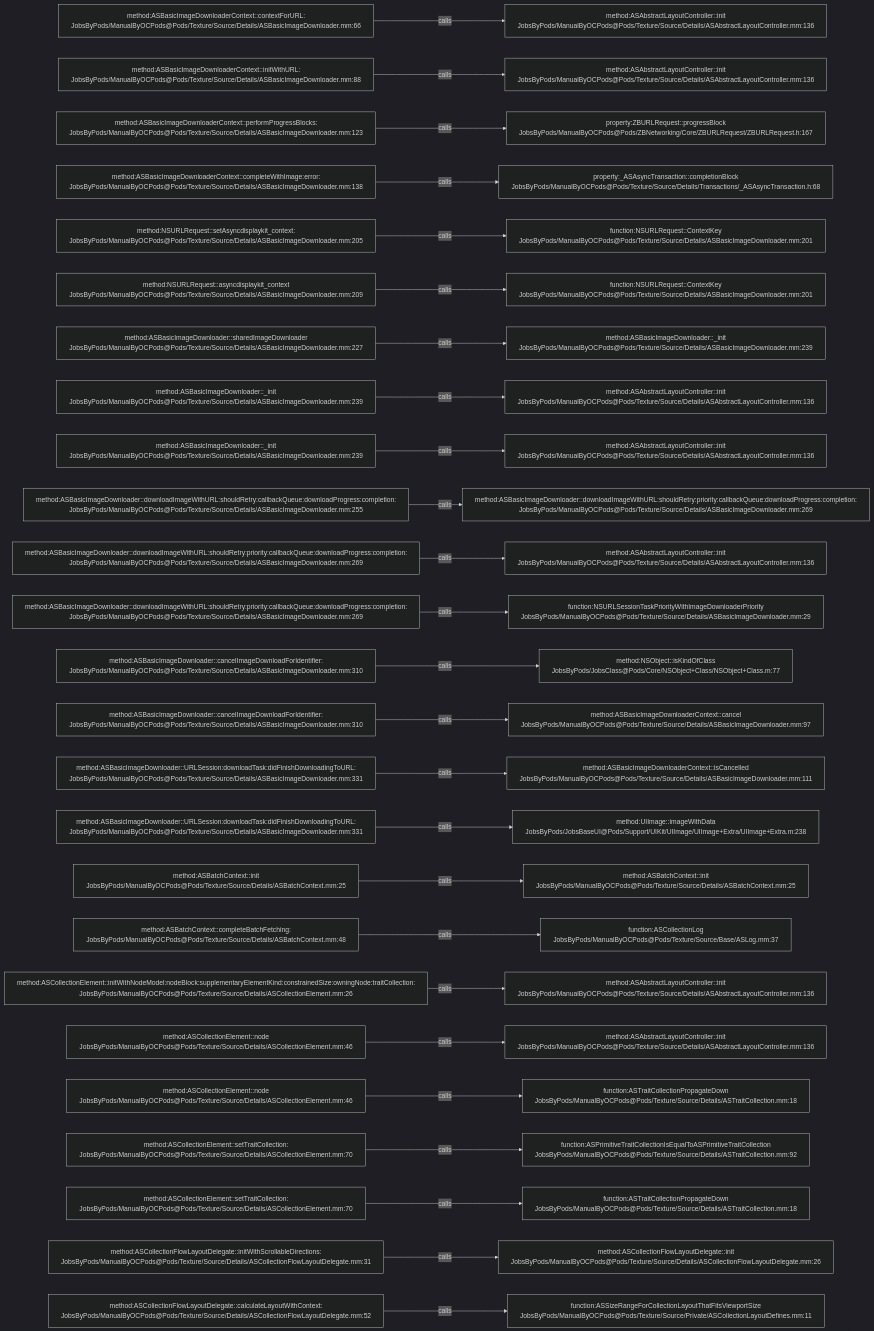
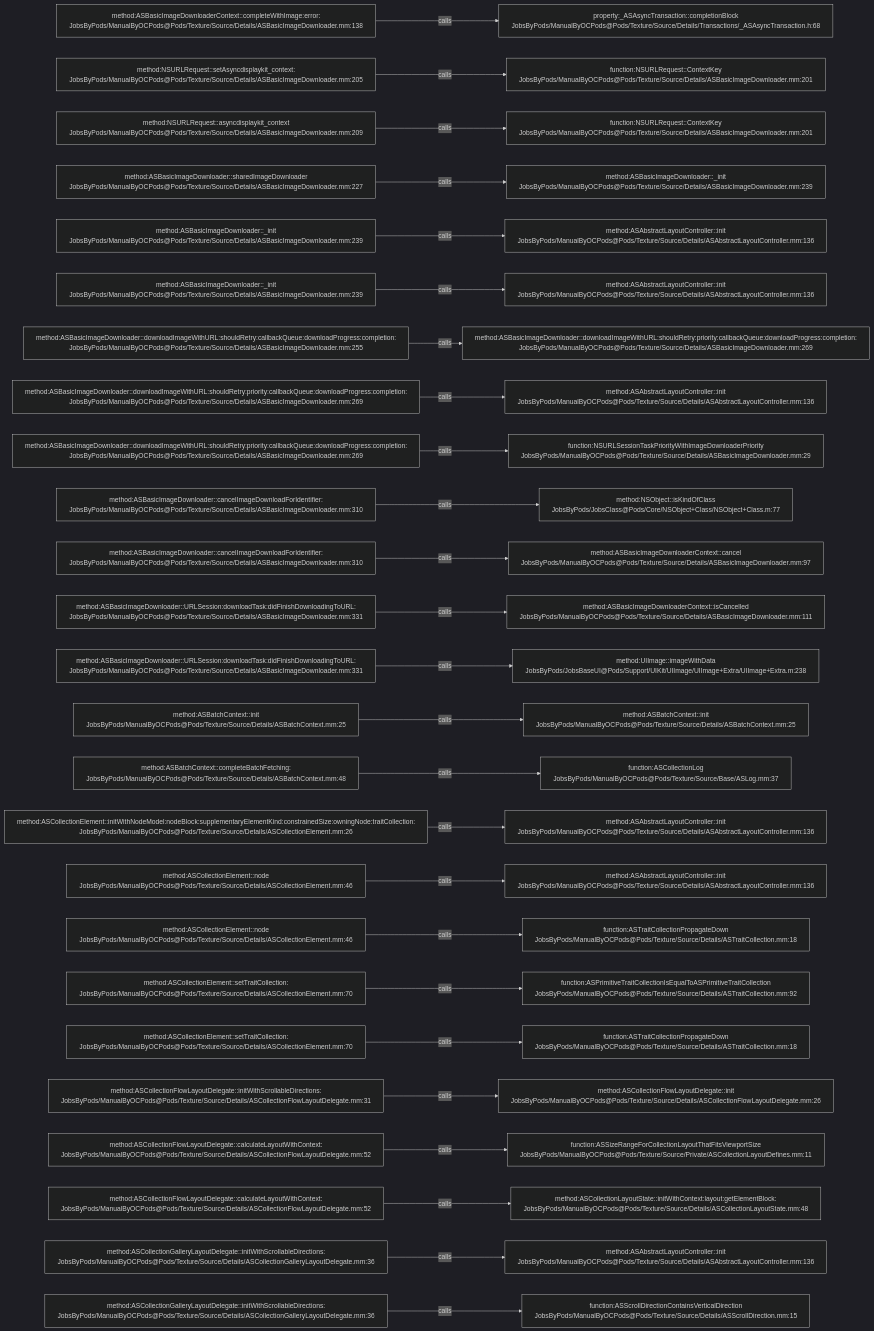
The diagram in .codegraph/codegraph.md/graphs/calls-153.md (JobsKits/JobsOCBaseConfigDemo), drawn with Mermaid (dark theme) before and after one commit. The commit also changed 342 other files, not shown here.

````diff
--- a/.codegraph/codegraph.md/graphs/calls-153.md
+++ b/.codegraph/codegraph.md/graphs/calls-153.md
@@ -13,78 +13,78 @@
 ```mermaid
 flowchart LR
-  S1["method:ASBasicImageDownloaderContext::contextForURL:<br/>JobsByPods/ManualByOCPods@Pods/Texture/Source/Details/ASBasicImageDownloader.mm:66"]
-  T1["method:ASAbstractLayoutController::init<br/>JobsByPods/ManualByOCPods@Pods/Texture/Source/Details/ASAbstractLayoutController.mm:136"]
+  S1["method:ASBasicImageDownloaderContext::completeWithImage:error:<br/>JobsByPods/ManualByOCPods@Pods/Texture/Source/Details/ASBasicImageDownloader.mm:138"]
+  T1["property:_ASAsyncTransaction::completionBlock<br/>JobsByPods/ManualByOCPods@Pods/Texture/Source/Details/Transactions/_ASAsyncTransaction.h:68"]
   S1 -->|calls| T1
-  S2["method:ASBasicImageDownloaderContext::initWithURL:<br/>JobsByPods/ManualByOCPods@Pods/Texture/Source/Details/ASBasicImageDownloader.mm:88"]
-  T2["method:ASAbstractLayoutController::init<br/>JobsByPods/ManualByOCPods@Pods/Texture/Source/Details/ASAbstractLayoutController.mm:136"]
+  S2["method:NSURLRequest::setAsyncdisplaykit_context:<br/>JobsByPods/ManualByOCPods@Pods/Texture/Source/Details/ASBasicImageDownloader.mm:205"]
+  T2["function:NSURLRequest::ContextKey<br/>JobsByPods/ManualByOCPods@Pods/Texture/Source/Details/ASBasicImageDownloader.mm:201"]
   S2 -->|calls| T2
-  S3["method:ASBasicImageDownloaderContext::performProgressBlocks:<br/>JobsByPods/ManualByOCPods@Pods/Texture/Source/Details/ASBasicImageDownloader.mm:123"]
-  T3["property:ZBURLRequest::progressBlock<br/>JobsByPods/ManualByOCPods@Pods/ZBNetworking/Core/ZBURLRequest/ZBURLRequest.h:167"]
+  S3["method:NSURLRequest::asyncdisplaykit_context<br/>JobsByPods/ManualByOCPods@Pods/Texture/Source/Details/ASBasicImageDownloader.mm:209"]
+  T3["function:NSURLRequest::ContextKey<br/>JobsByPods/ManualByOCPods@Pods/Texture/Source/Details/ASBasicImageDownloader.mm:201"]
   S3 -->|calls| T3
-  S4["method:ASBasicImageDownloaderContext::completeWithImage:error:<br/>JobsByPods/ManualByOCPods@Pods/Texture/Source/Details/ASBasicImageDownloader.mm:138"]
-  T4["property:_ASAsyncTransaction::completionBlock<br/>JobsByPods/ManualByOCPods@Pods/Texture/Source/Details/Transactions/_ASAsyncTransaction.h:68"]
+  S4["method:ASBasicImageDownloader::sharedImageDownloader<br/>JobsByPods/ManualByOCPods@Pods/Texture/Source/Details/ASBasicImageDownloader.mm:227"]
+  T4["method:ASBasicImageDownloader::_init<br/>JobsByPods/ManualByOCPods@Pods/Texture/Source/Details/ASBasicImageDownloader.mm:239"]
   S4 -->|calls| T4
-  S5["method:NSURLRequest::setAsyncdisplaykit_context:<br/>JobsByPods/ManualByOCPods@Pods/Texture/Source/Details/ASBasicImageDownloader.mm:205"]
-  T5["function:NSURLRequest::ContextKey<br/>JobsByPods/ManualByOCPods@Pods/Texture/Source/Details/ASBasicImageDownloader.mm:201"]
+  S5["method:ASBasicImageDownloader::_init<br/>JobsByPods/ManualByOCPods@Pods/Texture/Source/Details/ASBasicImageDownloader.mm:239"]
+  T5["method:ASAbstractLayoutController::init<br/>JobsByPods/ManualByOCPods@Pods/Texture/Source/Details/ASAbstractLayoutController.mm:136"]
   S5 -->|calls| T5
-  S6["method:NSURLRequest::asyncdisplaykit_context<br/>JobsByPods/ManualByOCPods@Pods/Texture/Source/Details/ASBasicImageDownloader.mm:209"]
-  T6["function:NSURLRequest::ContextKey<br/>JobsByPods/ManualByOCPods@Pods/Texture/Source/Details/ASBasicImageDownloader.mm:201"]
+  S6["method:ASBasicImageDownloader::_init<br/>JobsByPods/ManualByOCPods@Pods/Texture/Source/Details/ASBasicImageDownloader.mm:239"]
+  T6["method:ASAbstractLayoutController::init<br/>JobsByPods/ManualByOCPods@Pods/Texture/Source/Details/ASAbstractLayoutController.mm:136"]
   S6 -->|calls| T6
-  S7["method:ASBasicImageDownloader::sharedImageDownloader<br/>JobsByPods/ManualByOCPods@Pods/Texture/Source/Details/ASBasicImageDownloader.mm:227"]
-  T7["method:ASBasicImageDownloader::_init<br/>JobsByPods/ManualByOCPods@Pods/Texture/Source/Details/ASBasicImageDownloader.mm:239"]
+  S7["method:ASBasicImageDownloader::downloadImageWithURL:shouldRetry:callbackQueue:downloadProgress:completion:<br/>JobsByPods/ManualByOCPods@Pods/Texture/Source/Details/ASBasicImageDownloader.mm:255"]
+  T7["method:ASBasicImageDownloader::downloadImageWithURL:shouldRetry:priority:callbackQueue:downloadProgress:completion:<br/>JobsByPods/ManualByOCPods@Pods/Texture/Source/Details/ASBasicImageDownloader.mm:269"]
   S7 -->|calls| T7
-  S8["method:ASBasicImageDownloader::_init<br/>JobsByPods/ManualByOCPods@Pods/Texture/Source/Details/ASBasicImageDownloader.mm:239"]
+  S8["method:ASBasicImageDownloader::downloadImageWithURL:shouldRetry:priority:callbackQueue:downloadProgress:completion:<br/>JobsByPods/ManualByOCPods@Pods/Texture/Source/Details/ASBasicImageDownloader.mm:269"]
   T8["method:ASAbstractLayoutController::init<br/>JobsByPods/ManualByOCPods@Pods/Texture/Source/Details/ASAbstractLayoutController.mm:136"]
   S8 -->|calls| T8
-  S9["method:ASBasicImageDownloader::_init<br/>JobsByPods/ManualByOCPods@Pods/Texture/Source/Details/ASBasicImageDownloader.mm:239"]
-  T9["method:ASAbstractLayoutController::init<br/>JobsByPods/ManualByOCPods@Pods/Texture/Source/Details/ASAbstractLayoutController.mm:136"]
+  S9["method:ASBasicImageDownloader::downloadImageWithURL:shouldRetry:priority:callbackQueue:downloadProgress:completion:<br/>JobsByPods/ManualByOCPods@Pods/Texture/Source/Details/ASBasicImageDownloader.mm:269"]
+  T9["function:NSURLSessionTaskPriorityWithImageDownloaderPriority<br/>JobsByPods/ManualByOCPods@Pods/Texture/Source/Details/ASBasicImageDownloader.mm:29"]
   S9 -->|calls| T9
-  S10["method:ASBasicImageDownloader::downloadImageWithURL:shouldRetry:callbackQueue:downloadProgress:completion:<br/>JobsByPods/ManualByOCPods@Pods/Texture/Source/Details/ASBasicImageDownloader.mm:255"]
-  T10["method:ASBasicImageDownloader::downloadImageWithURL:shouldRetry:priority:callbackQueue:downloadProgress:completion:<br/>JobsByPods/ManualByOCPods@Pods/Texture/Source/Details/ASBasicImageDownloader.mm:269"]
+  S10["method:ASBasicImageDownloader::cancelImageDownloadForIdentifier:<br/>JobsByPods/ManualByOCPods@Pods/Texture/Source/Details/ASBasicImageDownloader.mm:310"]
+  T10["method:NSObject::isKindOfClass<br/>JobsByPods/JobsClass@Pods/Core/NSObject+Class/NSObject+Class.m:77"]
   S10 -->|calls| T10
-  S11["method:ASBasicImageDownloader::downloadImageWithURL:shouldRetry:priority:callbackQueue:downloadProgress:completion:<br/>JobsByPods/ManualByOCPods@Pods/Texture/Source/Details/ASBasicImageDownloader.mm:269"]
-  T11["method:ASAbstractLayoutController::init<br/>JobsByPods/ManualByOCPods@Pods/Texture/Source/Details/ASAbstractLayoutController.mm:136"]
+  S11["method:ASBasicImageDownloader::cancelImageDownloadForIdentifier:<br/>JobsByPods/ManualByOCPods@Pods/Texture/Source/Details/ASBasicImageDownloader.mm:310"]
+  T11["method:ASBasicImageDownloaderContext::cancel<br/>JobsByPods/ManualByOCPods@Pods/Texture/Source/Details/ASBasicImageDownloader.mm:97"]
   S11 -->|calls| T11
-  S12["method:ASBasicImageDownloader::downloadImageWithURL:shouldRetry:priority:callbackQueue:downloadProgress:completion:<br/>JobsByPods/ManualByOCPods@Pods/Texture/Source/Details/ASBasicImageDownloader.mm:269"]
-  T12["function:NSURLSessionTaskPriorityWithImageDownloaderPriority<br/>JobsByPods/ManualByOCPods@Pods/Texture/Source/Details/ASBasicImageDownloader.mm:29"]
+  S12["method:ASBasicImageDownloader::URLSession:downloadTask:didFinishDownloadingToURL:<br/>JobsByPods/ManualByOCPods@Pods/Texture/Source/Details/ASBasicImageDownloader.mm:331"]
+  T12["method:ASBasicImageDownloaderContext::isCancelled<br/>JobsByPods/ManualByOCPods@Pods/Texture/Source/Details/ASBasicImageDownloader.mm:111"]
   S12 -->|calls| T12
-  S13["method:ASBasicImageDownloader::cancelImageDownloadForIdentifier:<br/>JobsByPods/ManualByOCPods@Pods/Texture/Source/Details/ASBasicImageDownloader.mm:310"]
-  T13["method:NSObject::isKindOfClass<br/>JobsByPods/JobsClass@Pods/Core/NSObject+Class/NSObject+Class.m:77"]
+  S13["method:ASBasicImageDownloader::URLSession:downloadTask:didFinishDownloadingToURL:<br/>JobsByPods/ManualByOCPods@Pods/Texture/Source/Details/ASBasicImageDownloader.mm:331"]
+  T13["method:UIImage::imageWithData<br/>JobsByPods/JobsBaseUI@Pods/Support/UIKit/UIImage/UIImage+Extra/UIImage+Extra.m:238"]
   S13 -->|calls| T13
-  S14["method:ASBasicImageDownloader::cancelImageDownloadForIdentifier:<br/>JobsByPods/ManualByOCPods@Pods/Texture/Source/Details/ASBasicImageDownloader.mm:310"]
-  T14["method:ASBasicImageDownloaderContext::cancel<br/>JobsByPods/ManualByOCPods@Pods/Texture/Source/Details/ASBasicImageDownloader.mm:97"]
+  S14["method:ASBatchContext::init<br/>JobsByPods/ManualByOCPods@Pods/Texture/Source/Details/ASBatchContext.mm:25"]
+  T14["method:ASBatchContext::init<br/>JobsByPods/ManualByOCPods@Pods/Texture/Source/Details/ASBatchContext.mm:25"]
   S14 -->|calls| T14
-  S15["method:ASBasicImageDownloader::URLSession:downloadTask:didFinishDownloadingToURL:<br/>JobsByPods/ManualByOCPods@Pods/Texture/Source/Details/ASBasicImageDownloader.mm:331"]
-  T15["method:ASBasicImageDownloaderContext::isCancelled<br/>JobsByPods/ManualByOCPods@Pods/Texture/Source/Details/ASBasicImageDownloader.mm:111"]
+  S15["method:ASBatchContext::completeBatchFetching:<br/>JobsByPods/ManualByOCPods@Pods/Texture/Source/Details/ASBatchContext.mm:48"]
+  T15["function:ASCollectionLog<br/>JobsByPods/ManualByOCPods@Pods/Texture/Source/Base/ASLog.mm:37"]
   S15 -->|calls| T15
-  S16["method:ASBasicImageDownloader::URLSession:downloadTask:didFinishDownloadingToURL:<br/>JobsByPods/ManualByOCPods@Pods/Texture/Source/Details/ASBasicImageDownloader.mm:331"]
-  T16["method:UIImage::imageWithData<br/>JobsByPods/JobsBaseUI@Pods/Support/UIKit/UIImage/UIImage+Extra/UIImage+Extra.m:238"]
+  S16["method:ASCollectionElement::initWithNodeModel:nodeBlock:supplementaryElementKind:constrainedSize:owningNode:traitCollection:<br/>JobsByPods/ManualByOCPods@Pods/Texture/Source/Details/ASCollectionElement.mm:26"]
+  T16["method:ASAbstractLayoutController::init<br/>JobsByPods/ManualByOCPods@Pods/Texture/Source/Details/ASAbstractLayoutController.mm:136"]
   S16 -->|calls| T16
-  S17["method:ASBatchContext::init<br/>JobsByPods/ManualByOCPods@Pods/Texture/Source/Details/ASBatchContext.mm:25"]
-  T17["method:ASBatchContext::init<br/>JobsByPods/ManualByOCPods@Pods/Texture/Source/Details/ASBatchContext.mm:25"]
+  S17["method:ASCollectionElement::node<br/>JobsByPods/ManualByOCPods@Pods/Texture/Source/Details/ASCollectionElement.mm:46"]
+  T17["method:ASAbstractLayoutController::init<br/>JobsByPods/ManualByOCPods@Pods/Texture/Source/Details/ASAbstractLayoutController.mm:136"]
   S17 -->|calls| T17
-  S18["method:ASBatchContext::completeBatchFetching:<br/>JobsByPods/ManualByOCPods@Pods/Texture/Source/Details/ASBatchContext.mm:48"]
-  T18["function:ASCollectionLog<br/>JobsByPods/ManualByOCPods@Pods/Texture/Source/Base/ASLog.mm:37"]
+  S18["method:ASCollectionElement::node<br/>JobsByPods/ManualByOCPods@Pods/Texture/Source/Details/ASCollectionElement.mm:46"]
+  T18["function:ASTraitCollectionPropagateDown<br/>JobsByPods/ManualByOCPods@Pods/Texture/Source/Details/ASTraitCollection.mm:18"]
   S18 -->|calls| T18
-  S19["method:ASCollectionElement::initWithNodeModel:nodeBlock:supplementaryElementKind:constrainedSize:owningNode:traitCollection:<br/>JobsByPods/ManualByOCPods@Pods/Texture/Source/Details/ASCollectionElement.mm:26"]
-  T19["method:ASAbstractLayoutController::init<br/>JobsByPods/ManualByOCPods@Pods/Texture/Source/Details/ASAbstractLayoutController.mm:136"]
+  S19["method:ASCollectionElement::setTraitCollection:<br/>JobsByPods/ManualByOCPods@Pods/Texture/Source/Details/ASCollectionElement.mm:70"]
+  T19["function:ASPrimitiveTraitCollectionIsEqualToASPrimitiveTraitCollection<br/>JobsByPods/ManualByOCPods@Pods/Texture/Source/Details/ASTraitCollection.mm:92"]
   S19 -->|calls| T19
-  S20["method:ASCollectionElement::node<br/>JobsByPods/ManualByOCPods@Pods/Texture/Source/Details/ASCollectionElement.mm:46"]
-  T20["method:ASAbstractLayoutController::init<br/>JobsByPods/ManualByOCPods@Pods/Texture/Source/Details/ASAbstractLayoutController.mm:136"]
+  S20["method:ASCollectionElement::setTraitCollection:<br/>JobsByPods/ManualByOCPods@Pods/Texture/Source/Details/ASCollectionElement.mm:70"]
+  T20["function:ASTraitCollectionPropagateDown<br/>JobsByPods/ManualByOCPods@Pods/Texture/Source/Details/ASTraitCollection.mm:18"]
   S20 -->|calls| T20
-  S21["method:ASCollectionElement::node<br/>JobsByPods/ManualByOCPods@Pods/Texture/Source/Details/ASCollectionElement.mm:46"]
-  T21["function:ASTraitCollectionPropagateDown<br/>JobsByPods/ManualByOCPods@Pods/Texture/Source/Details/ASTraitCollection.mm:18"]
+  S21["method:ASCollectionFlowLayoutDelegate::initWithScrollableDirections:<br/>JobsByPods/ManualByOCPods@Pods/Texture/Source/Details/ASCollectionFlowLayoutDelegate.mm:31"]
+  T21["method:ASCollectionFlowLayoutDelegate::init<br/>JobsByPods/ManualByOCPods@Pods/Texture/Source/Details/ASCollectionFlowLayoutDelegate.mm:26"]
   S21 -->|calls| T21
-  S22["method:ASCollectionElement::setTraitCollection:<br/>JobsByPods/ManualByOCPods@Pods/Texture/Source/Details/ASCollectionElement.mm:70"]
-  T22["function:ASPrimitiveTraitCollectionIsEqualToASPrimitiveTraitCollection<br/>JobsByPods/ManualByOCPods@Pods/Texture/Source/Details/ASTraitCollection.mm:92"]
+  S22["method:ASCollectionFlowLayoutDelegate::calculateLayoutWithContext:<br/>JobsByPods/ManualByOCPods@Pods/Texture/Source/Details/ASCollectionFlowLayoutDelegate.mm:52"]
+  T22["function:ASSizeRangeForCollectionLayoutThatFitsViewportSize<br/>JobsByPods/ManualByOCPods@Pods/Texture/Source/Private/ASCollectionLayoutDefines.mm:11"]
   S22 -->|calls| T22
-  S23["method:ASCollectionElement::setTraitCollection:<br/>JobsByPods/ManualByOCPods@Pods/Texture/Source/Details/ASCollectionElement.mm:70"]
-  T23["function:ASTraitCollectionPropagateDown<br/>JobsByPods/ManualByOCPods@Pods/Texture/Source/Details/ASTraitCollection.mm:18"]
+  S23["method:ASCollectionFlowLayoutDelegate::calculateLayoutWithContext:<br/>JobsByPods/ManualByOCPods@Pods/Texture/Source/Details/ASCollectionFlowLayoutDelegate.mm:52"]
+  T23["method:ASCollectionLayoutState::initWithContext:layout:getElementBlock:<br/>JobsByPods/ManualByOCPods@Pods/Texture/Source/Details/ASCollectionLayoutState.mm:48"]
   S23 -->|calls| T23
-  S24["method:ASCollectionFlowLayoutDelegate::initWithScrollableDirections:<br/>JobsByPods/ManualByOCPods@Pods/Texture/Source/Details/ASCollectionFlowLayoutDelegate.mm:31"]
-  T24["method:ASCollectionFlowLayoutDelegate::init<br/>JobsByPods/ManualByOCPods@Pods/Texture/Source/Details/ASCollectionFlowLayoutDelegate.mm:26"]
+  S24["method:ASCollectionGalleryLayoutDelegate::initWithScrollableDirections:<br/>JobsByPods/ManualByOCPods@Pods/Texture/Source/Details/ASCollectionGalleryLayoutDelegate.mm:36"]
+  T24["method:ASAbstractLayoutController::init<br/>JobsByPods/ManualByOCPods@Pods/Texture/Source/Details/ASAbstractLayoutController.mm:136"]
   S24 -->|calls| T24
-  S25["method:ASCollectionFlowLayoutDelegate::calculateLayoutWithContext:<br/>JobsByPods/ManualByOCPods@Pods/Texture/Source/Details/ASCollectionFlowLayoutDelegate.mm:52"]
-  T25["function:ASSizeRangeForCollectionLayoutThatFitsViewportSize<br/>JobsByPods/ManualByOCPods@Pods/Texture/Source/Private/ASCollectionLayoutDefines.mm:11"]
+  S25["method:ASCollectionGalleryLayoutDelegate::initWithScrollableDirections:<br/>JobsByPods/ManualByOCPods@Pods/Texture/Source/Details/ASCollectionGalleryLayoutDelegate.mm:36"]
+  T25["function:ASScrollDirectionContainsVerticalDirection<br/>JobsByPods/ManualByOCPods@Pods/Texture/Source/Details/ASScrollDirection.mm:15"]
   S25 -->|calls| T25
 ```
````
